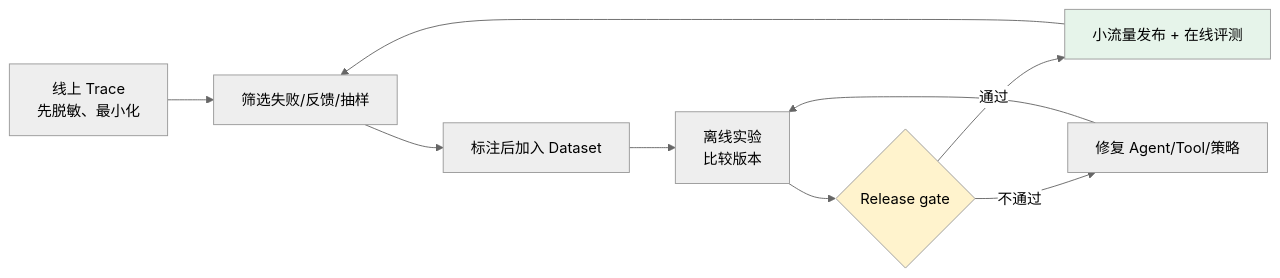
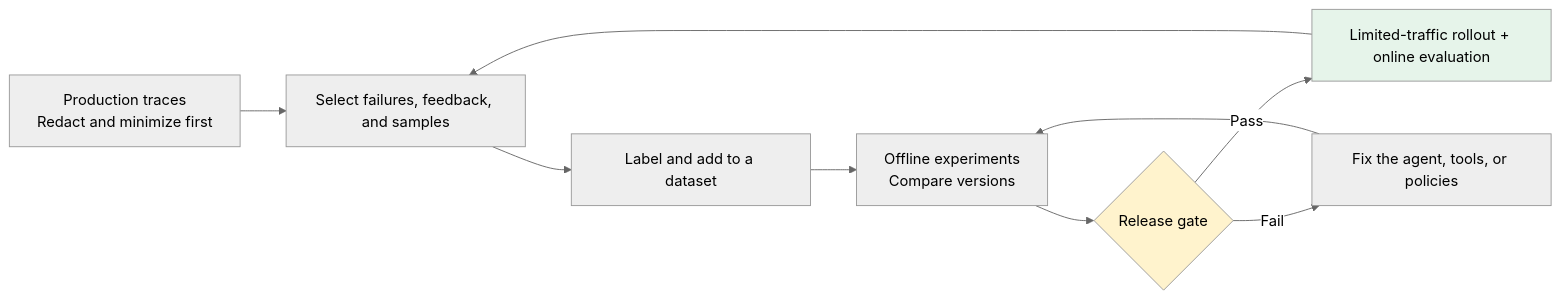
The first of 2 diagrams in docs/frameworks/01-langchain/05-production/13-langsmith-production-loop.md (oneleaveknowsthefall/awesome-ai-roadmap), drawn with Mermaid (neutral theme) before and after one commit. The commit also changed other lines of this file and 70 other files, not shown here.

````diff
--- a/docs/frameworks/01-langchain/05-production/13-langsmith-production-loop.md
+++ b/docs/frameworks/01-langchain/05-production/13-langsmith-production-loop.md
@@ -13,14 +13,14 @@
 ```mermaid
 flowchart LR
-    A["线上 Trace<br/>先脱敏、最小化"] --> B["筛选失败/反馈/抽样"]
-    B --> C["标注后加入 Dataset"]
-    C --> D["离线实验<br/>比较版本"]
+    A["Production traces<br/>Redact and minimize first"] --> B["Select failures, feedback, and samples"]
+    B --> C["Label and add to a dataset"]
+    C --> D["Offline experiments<br/>Compare versions"]
     D --> E{"Release gate"}
-    E -->|通过| F["小流量发布 + 在线评测"]
-    E -->|不通过| G["修复 Agent/Tool/策略"]
+    E -->|Pass| F["Limited-traffic rollout + online evaluation"]
+    E -->|Fail| G["Fix the agent, tools, or policies"]
     F --> B
     G --> D
 
     style E fill:#fff3cd
     style F fill:#e6f4ea
 ```
````
